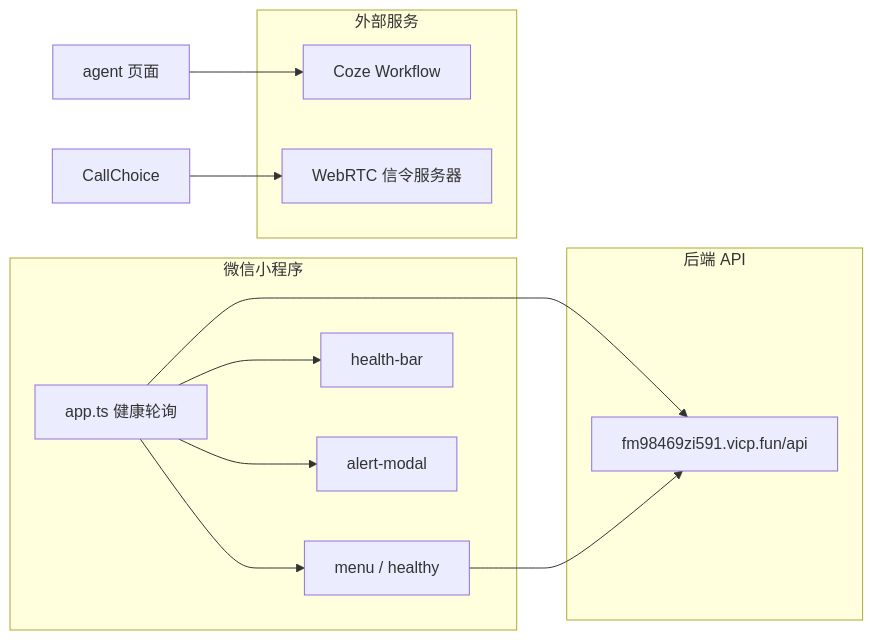
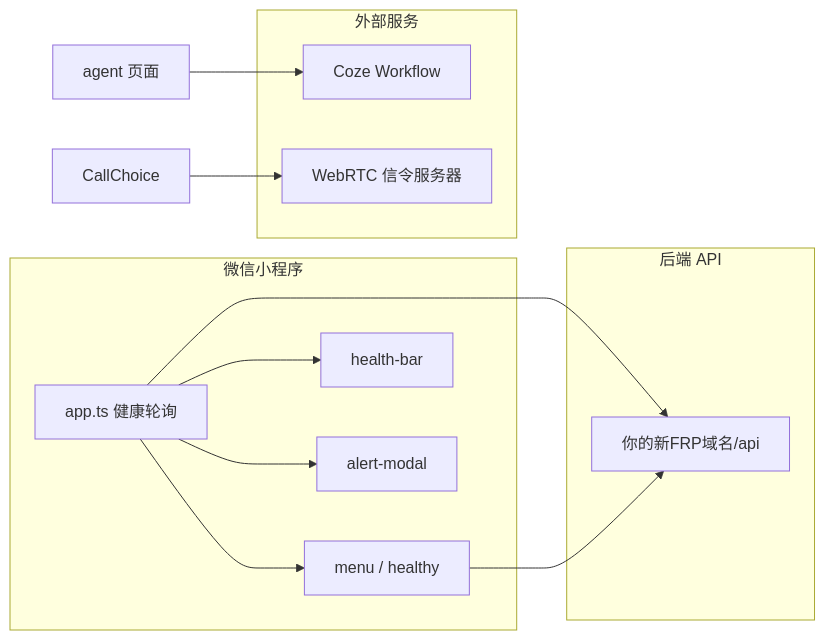
One commit to zcx-666666-zcx/WALL-E changed the diagram in Software-miniprogram/README.md. Above: the diagram before and after it, drawn with Mermaid. The commit also changed other lines of this file and 29 other files, not shown here.

````diff
--- a/Software-miniprogram/README.md
+++ b/Software-miniprogram/README.md
@@ -144,26 +144,26 @@
 ```mermaid
 flowchart LR
   subgraph MiniProgram["微信小程序"]
     App["app.ts 健康轮询"]
     Menu["menu / healthy"]
     HB["health-bar"]
     AM["alert-modal"]
     App --> Menu
     App --> HB
     App --> AM
   end
 
   subgraph Backend["后端 API"]
-    API["fm98469zi591.vicp.fun/api"]
+    API["你的新FRP域名/api"]
   end
 
   subgraph External["外部服务"]
     Coze["Coze Workflow"]
     Signal["WebRTC 信令服务器"]
   end
 
   App --> API
   Menu --> API
   Agent["agent 页面"] --> Coze
   Call["CallChoice"] --> Signal
 ```
````
